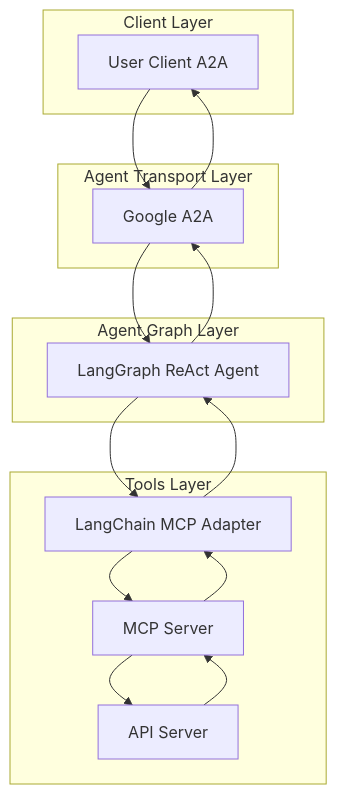
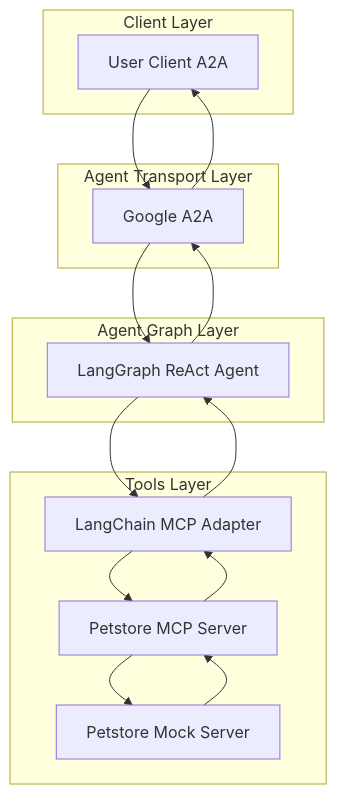
One commit to tensai828/ai-driven-platform-operations changed the first of 2 diagrams in docs/docs/agents/template.md. Above: the diagram before and after it, drawn with Mermaid. The commit also changed other lines of this file and 8 other files, not shown here.

````diff
--- a/docs/docs/agents/template.md
+++ b/docs/docs/agents/template.md
@@ -18,20 +19,20 @@
 ```mermaid
 flowchart TD
   subgraph Client Layer
     A[User Client A2A]
   end
   subgraph Agent Transport Layer
     B[Google A2A]
   end
   subgraph Agent Graph Layer
     C[LangGraph ReAct Agent]
   end
   subgraph Tools Layer
     D[LangChain MCP Adapter]
-    E[MCP Server]
-    F[API Server]
+    E[Petstore MCP Server]
+    F[Petstore Mock Server]
   end
 
   A --> B --> C --> D --> E --> F
   F --> E --> D --> C --> B --> A
 ```
````
